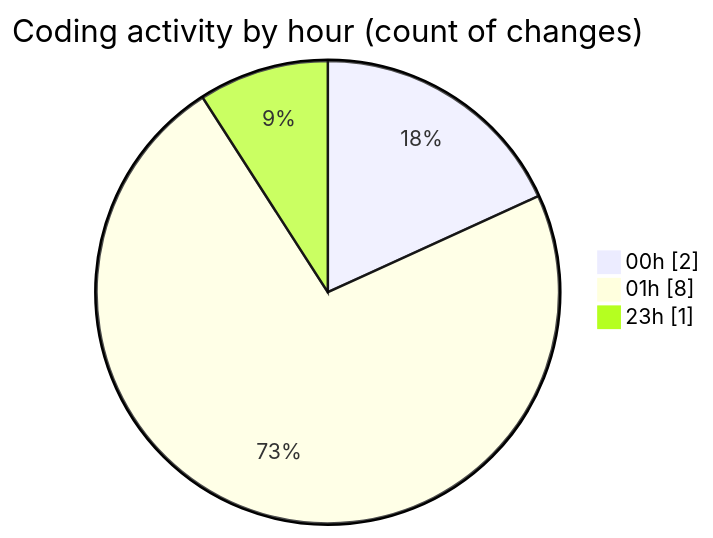
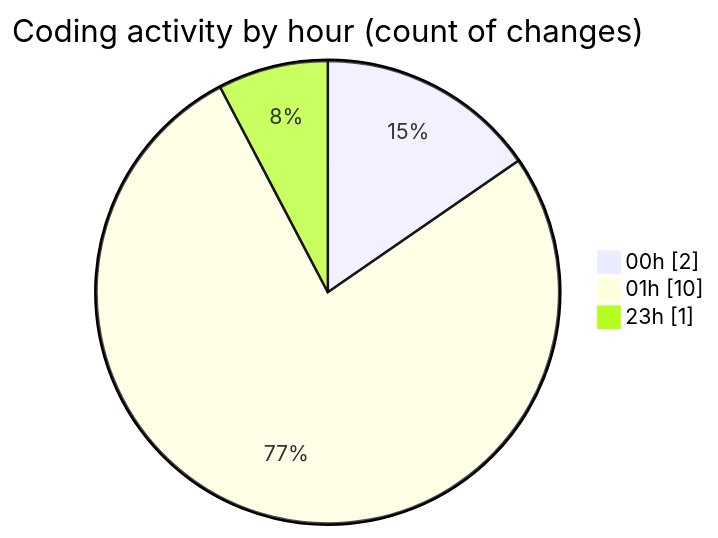
Before and after one commit to lephambinh05/code-tracking: the second of 2 diagrams in 2025-07-19/nhahang/README.md, drawn with Mermaid. The commit also changed other lines of this file and 1 other file, not shown here.

````diff
--- a/2025-07-19/nhahang/README.md
+++ b/2025-07-19/nhahang/README.md
@@ -36,7 +37,7 @@
 ```mermaid
 pie showData
 title Coding activity by hour (count of changes)
 "00h" : 2
-"01h" : 8
+"01h" : 10
 "23h" : 1
 ```
````
